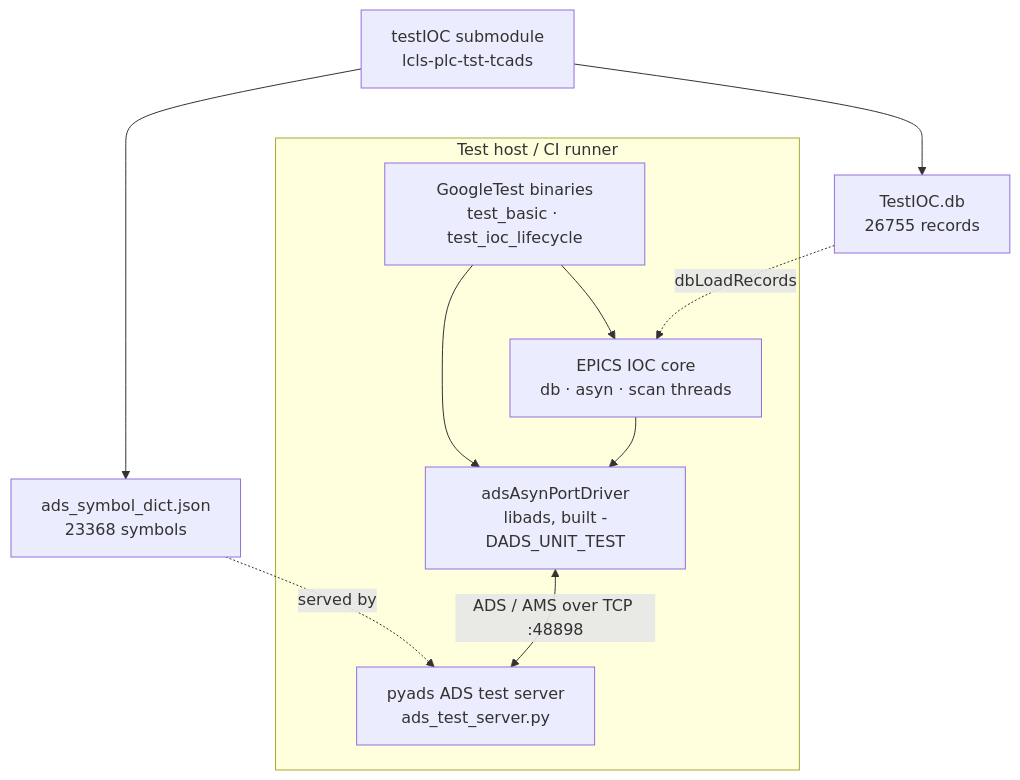
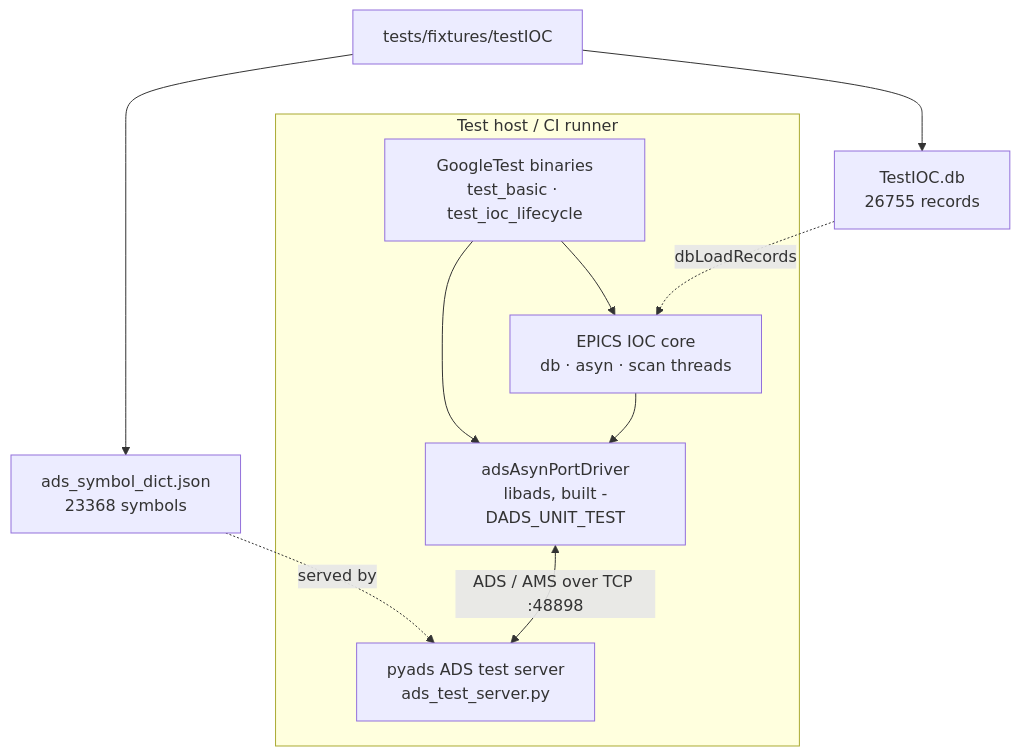
Before and after one commit to pcdshub/twincat-ads: the first of 4 diagrams in tests/README.md, drawn with Mermaid. The commit also changed other lines of this file and 13 other files, not shown here.

Commit message:
Needed to modify testIOC and it would need to diverge from repo so I did away with it being a submodule and incorporated it as a test fixture stored in pytmc. Made modifications to support this.

````diff
--- a/tests/README.md
+++ b/tests/README.md
@@ -22,21 +22,21 @@
 ```mermaid
 graph TD
     subgraph host["Test host / CI runner"]
         TB["GoogleTest binaries<br/>test_basic · test_ioc_lifecycle"]
         DRV["adsAsynPortDriver<br/>libads, built -DADS_UNIT_TEST"]
         EP["EPICS IOC core<br/>db · asyn · scan threads"]
         SRV["pyads ADS test server<br/>ads_test_server.py"]
     end
+    FIX["tests/fixtures/testIOC"]
     JSON["ads_symbol_dict.json<br/>23368 symbols"]
     DB["TestIOC.db<br/>26755 records"]
-    SUB["testIOC submodule<br/>lcls-plc-tst-tcads"]
 
-    SUB --> JSON
-    SUB --> DB
+    FIX --> JSON
+    FIX --> DB
     TB --> DRV
     TB --> EP
     EP --> DRV
     DB -. dbLoadRecords .-> EP
     JSON -. served by .-> SRV
     DRV <-->|"ADS / AMS over TCP :48898"| SRV
 ```
````
